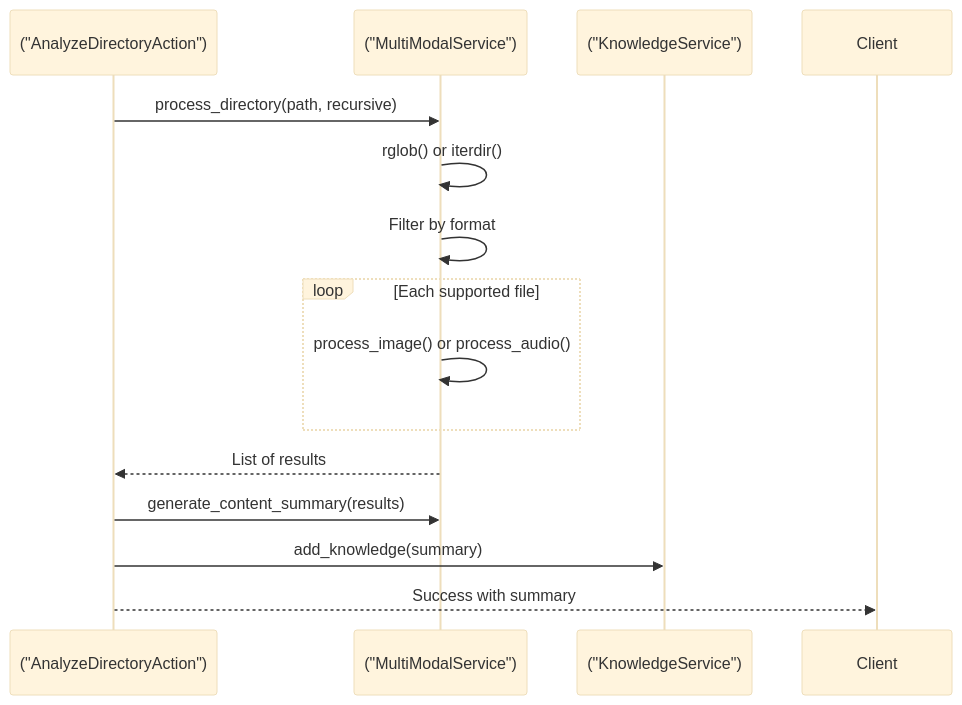
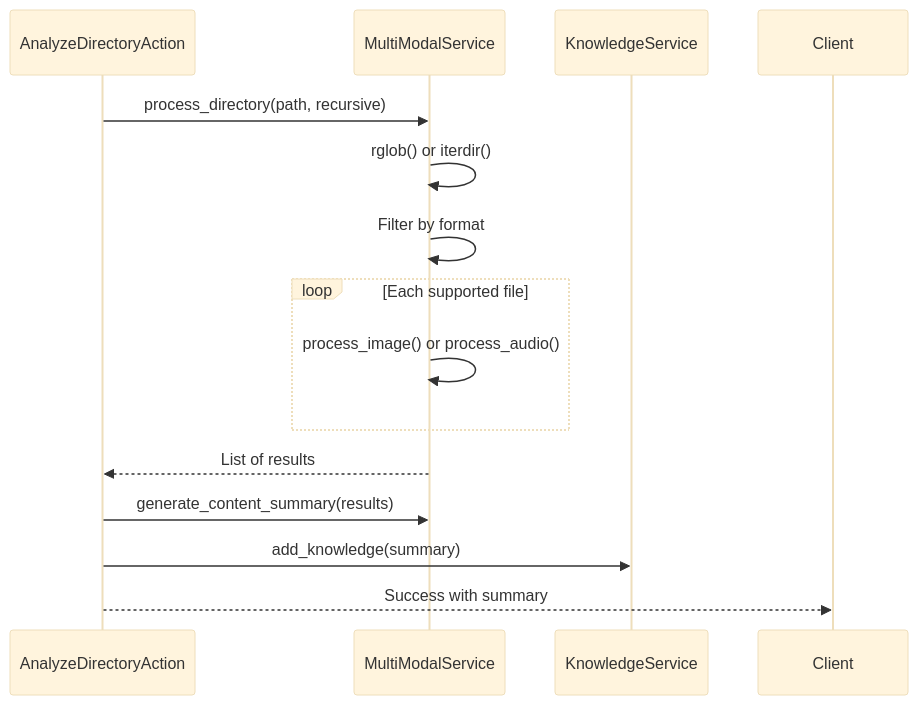
Before and after one commit to Likhithsai2580/RAVANA-WIKI: the third of 5 diagrams in docs/Action System/IO Actions.md, drawn with Mermaid (base theme). The commit also changed other lines of this file and 78 other files, not shown here.

````diff
--- a/docs/Action System/IO Actions.md
+++ b/docs/Action System/IO Actions.md
@@ -165,17 +163,16 @@
 ```mermaid
 sequenceDiagram
-participant A as ("AnalyzeDirectoryAction")
-participant M as ("MultiModalService")
-participant K as ("KnowledgeService")
+participant A as AnalyzeDirectoryAction
+participant M as MultiModalService
+participant K as KnowledgeService
 A->>M : process_directory(path, recursive)
 M->>M : rglob() or iterdir()
 M->>M : Filter by format
 loop Each supported file
 M->>M : process_image() or process_audio()
 end
 M-->>A : List of results
 A->>M : generate_content_summary(results)
 A->>K : add_knowledge(summary)
 A-->>Client : Success with summary
-
 ```
````
